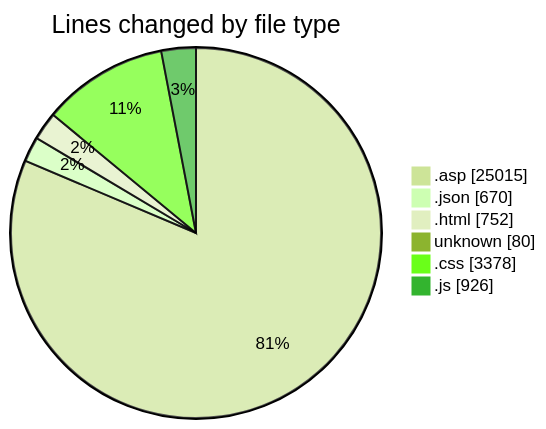
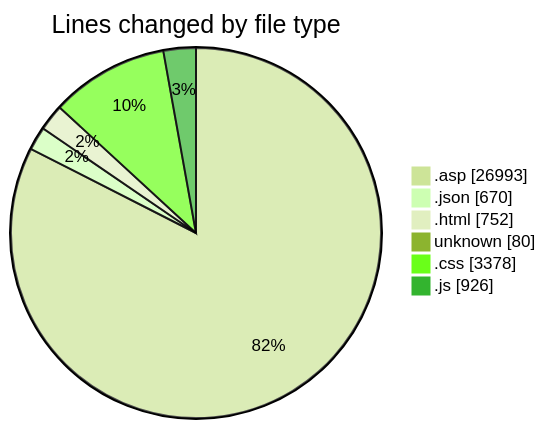
The first of 2 diagrams in 2025-11-01/cdp_aleoudev_fr__workspace_/README.md (julien-gomy/code-tracking), drawn with Mermaid (forest theme) before and after one commit. The commit also changed other lines of this file and 1 other file, not shown here.

````diff
--- a/2025-11-01/cdp_aleoudev_fr__workspace_/README.md
+++ b/2025-11-01/cdp_aleoudev_fr__workspace_/README.md
@@ -39,10 +39,10 @@
 ```mermaid
 pie showData
 title Lines changed by file type
-".asp" : 25015
+".asp" : 26993
 ".json" : 670
 ".html" : 752
 "unknown" : 80
 ".css" : 3378
 ".js" : 926
 ```
````
